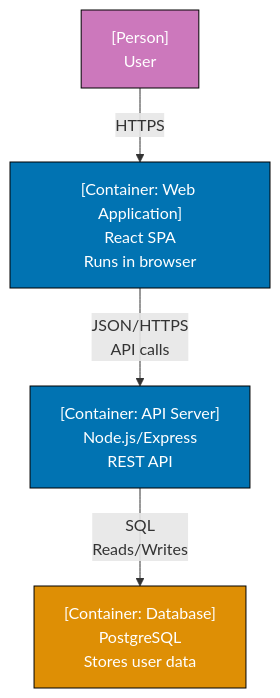
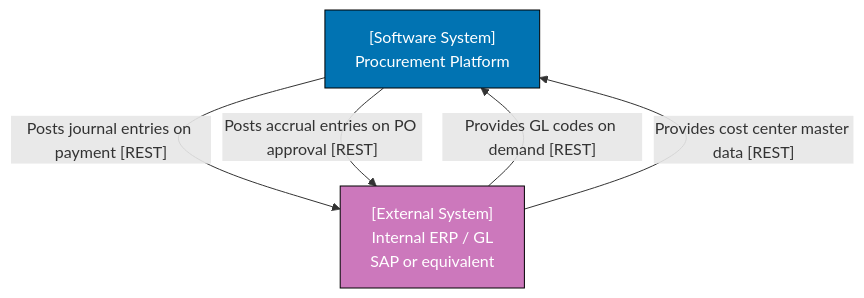
One commit to wahidyankf/open-sharia-enterprise changed diagram 14 of 30 in apps/ayokoding-web/content/en/learn/software-engineering/architecture/c4-architecture-model/by-example/beginner.md. Above: the diagram before and after it, drawn with Mermaid. The commit also changed other lines of this file and 38 other files, not shown here.

First line of the commit message:
docs(ayokoding-web): unify architecture tutorials on shared P2P domain

````diff
--- a/apps/ayokoding-web/content/en/learn/software-engineering/architecture/c4-architecture-model/by-example/beginner.md
+++ b/apps/ayokoding-web/content/en/learn/software-engineering/architecture/c4-architecture-model/by-example/beginner.md
@@ -472,17 +492,13 @@
 ```mermaid
 graph TD
-    User["[Person]<br/>User"]
+    Platform["[Software System]<br/>Procurement Platform"]
+    ERP["[External System]<br/>Internal ERP / GL<br/>SAP or equivalent"]
 
-    WebApp["[Container: Web Application]<br/>React SPA<br/>Runs in browser"]
-    APIServer["[Container: API Server]<br/>Node.js/Express<br/>REST API"]
-    Database["[Container: Database]<br/>PostgreSQL<br/>Stores user data"]
+    ERP -->|"Provides GL codes on demand [REST]"| Platform
+    ERP -->|"Provides cost center master data [REST]"| Platform
+    Platform -->|"Posts journal entries on payment [REST]"| ERP
+    Platform -->|"Posts accrual entries on PO approval [REST]"| ERP
 
-    User -->|"HTTPS"| WebApp
-    WebApp -->|"JSON/HTTPS<br/>API calls"| APIServer
-    APIServer -->|"SQL<br/>Reads/Writes"| Database
-
-    style User fill:#CC78BC,stroke:#000,color:#fff
-    style WebApp fill:#0173B2,stroke:#000,color:#fff
-    style APIServer fill:#0173B2,stroke:#000,color:#fff
-    style Database fill:#DE8F05,stroke:#000,color:#fff
+    style Platform fill:#0173B2,stroke:#000,color:#fff
+    style ERP fill:#CC78BC,stroke:#000,color:#fff
 ```
````
